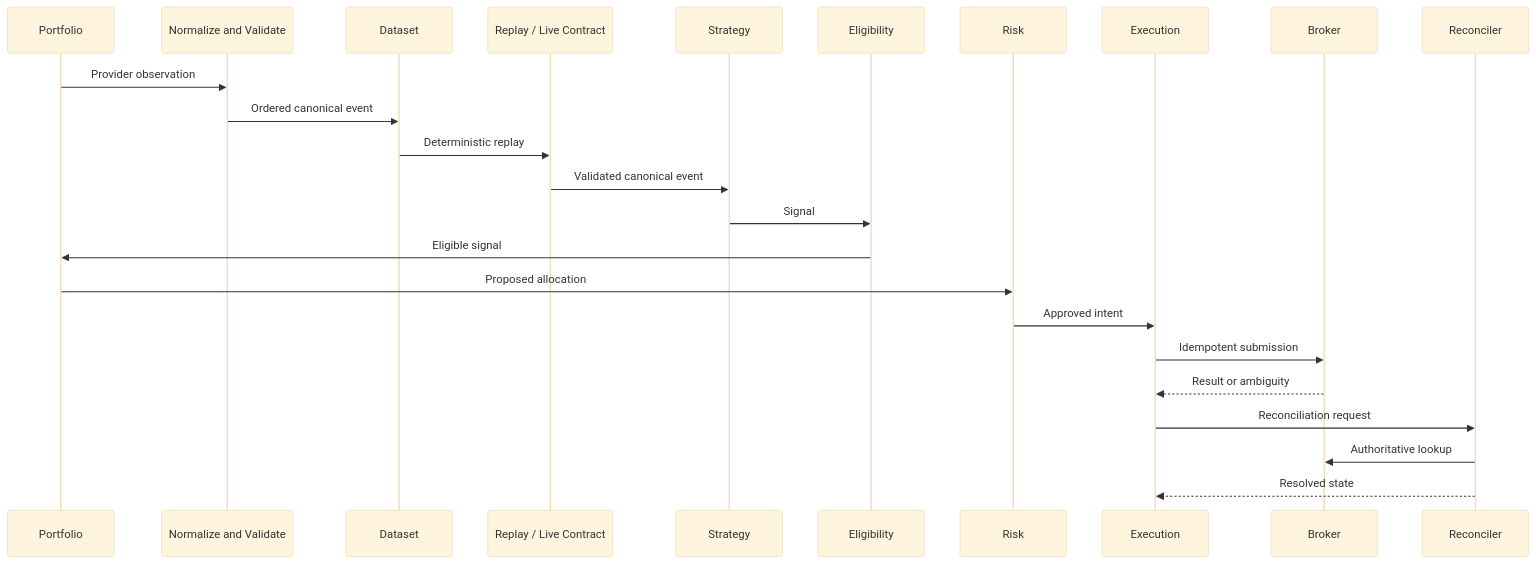
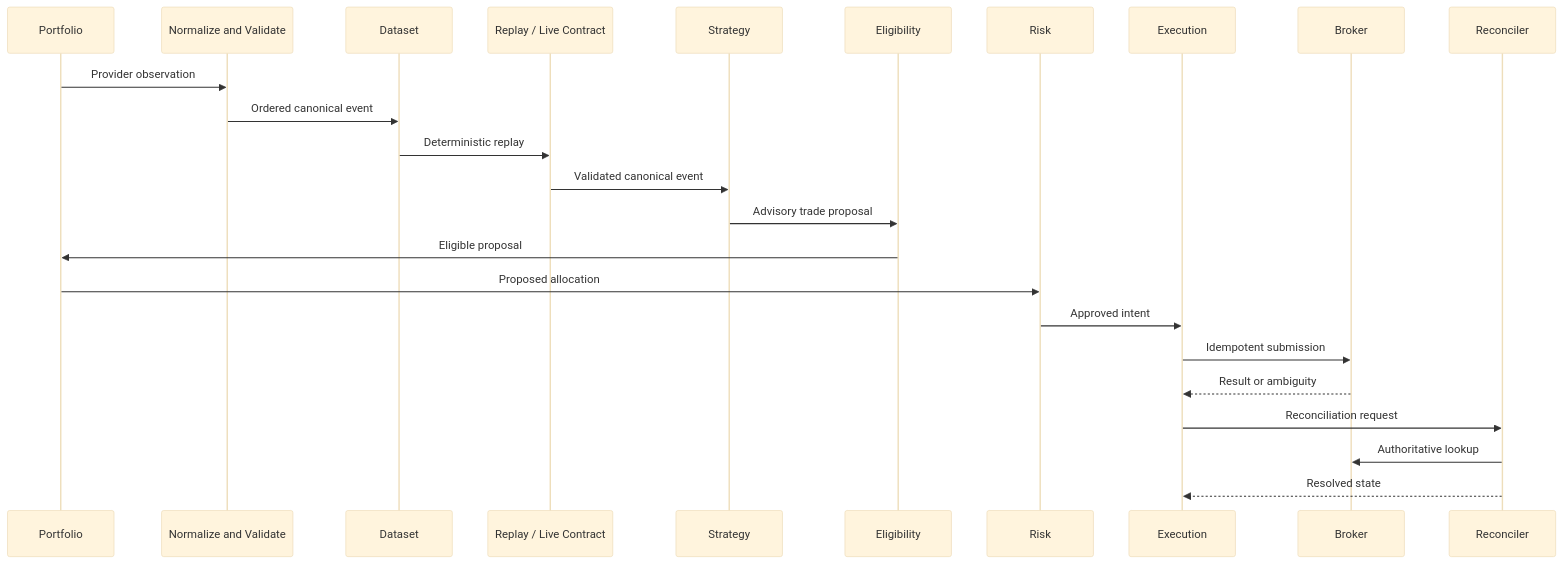
Before and after one commit to bibhuyash/tradeedge: the first of 3 diagrams in docs/architecture/DATA_FLOW.md, drawn with Mermaid (base theme). The commit also changed other lines of this file and 19 other files, not shown here.

````diff
--- a/docs/architecture/DATA_FLOW.md
+++ b/docs/architecture/DATA_FLOW.md
@@ -7,27 +7,27 @@
 ```mermaid
 sequenceDiagram
     participant P as Provider Fixture
     participant N as Normalize and Validate
     participant D as Dataset
     participant M as Replay / Live Contract
     participant S as Strategy
     participant E as Eligibility
     participant P as Portfolio
     participant R as Risk
     participant X as Execution
     participant B as Broker
     participant C as Reconciler
     P->>N: Provider observation
     N->>D: Ordered canonical event
     D->>M: Deterministic replay
     M->>S: Validated canonical event
-    S->>E: Signal
-    E->>P: Eligible signal
+    S->>E: Advisory trade proposal
+    E->>P: Eligible proposal
     P->>R: Proposed allocation
     R->>X: Approved intent
     X->>B: Idempotent submission
     B-->>X: Result or ambiguity
     X->>C: Reconciliation request
     C->>B: Authoritative lookup
     C-->>X: Resolved state
 ```
````
